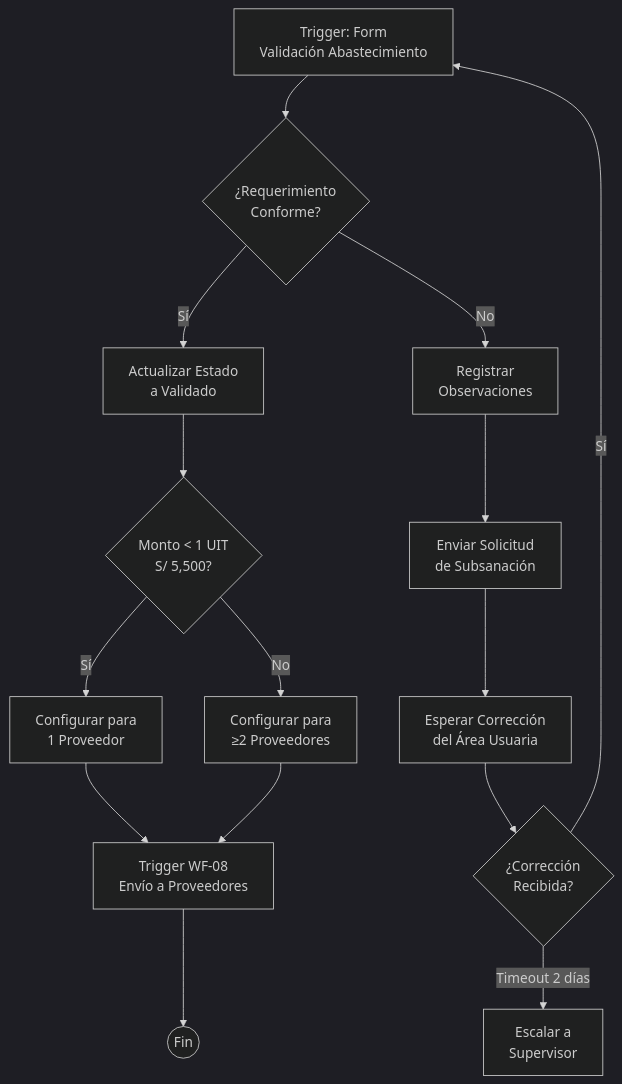
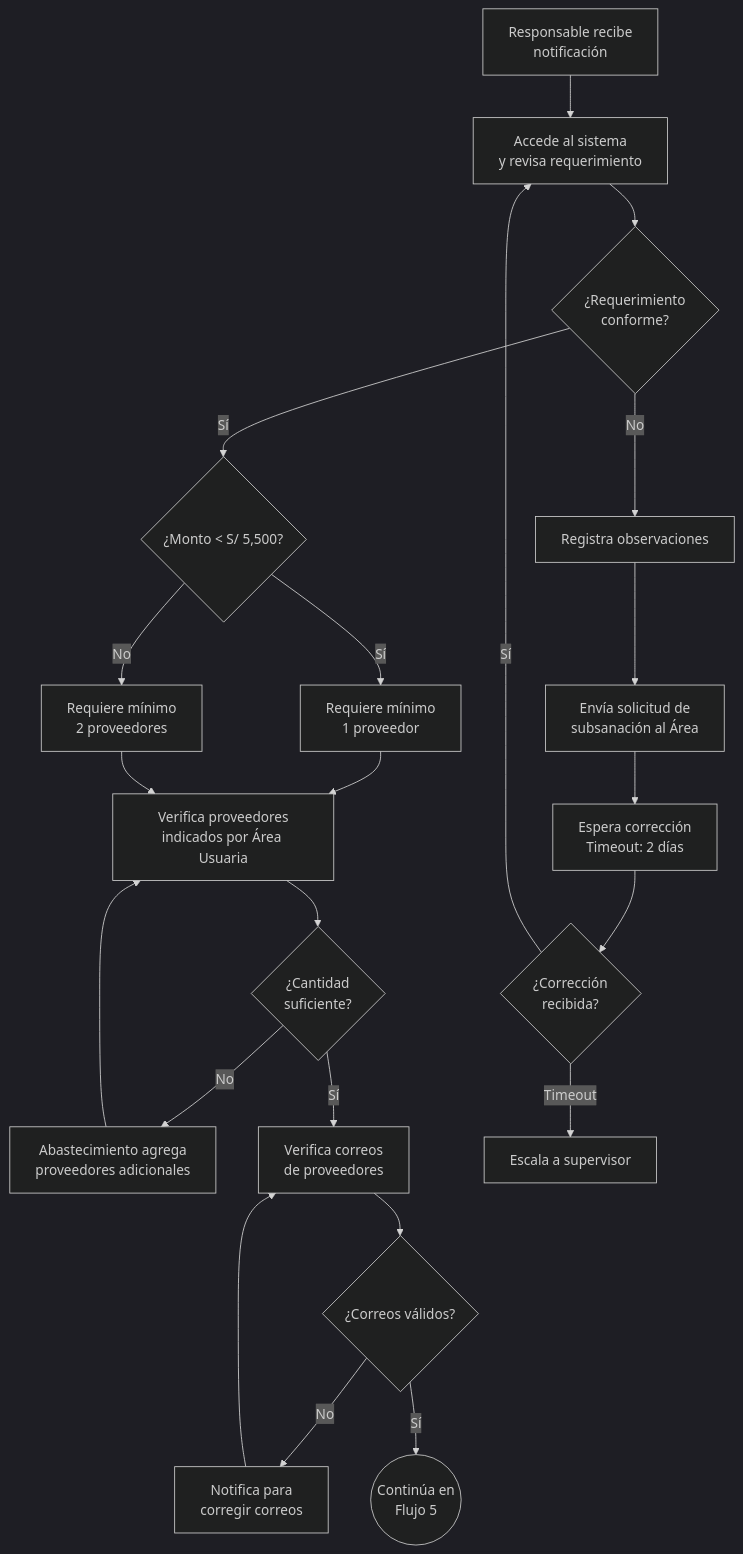
Before and after one commit to lfam200/WorkFlow-n8n: the eighth of 16 diagrams in README.md, drawn with Mermaid (dark theme). The commit also changed other lines of this file, not shown here.

````diff
--- a/README.md
+++ b/README.md
@@ -1110,21 +353,33 @@
 ```mermaid
 flowchart TD
-    A[Trigger: Form<br/>Validación Abastecimiento] --> B{¿Requerimiento<br/>Conforme?}
+    A[Responsable recibe<br/>notificación] --> B[Accede al sistema<br/>y revisa requerimiento]
     
-    B -->|Sí| C[Actualizar Estado<br/>a Validado]
-    C --> D{Monto < 1 UIT<br/>S/ 5,500?}
+    B --> C{¿Requerimiento<br/>conforme?}
     
-    D -->|Sí| E[Configurar para<br/>1 Proveedor]
-    D -->|No| F[Configurar para<br/>≥2 Proveedores]
+    C -->|Sí| D{¿Monto < S/ 5,500?}
     
-    E --> G[Trigger WF-08<br/>Envío a Proveedores]
+    D -->|Sí| E[Requiere mínimo<br/>1 proveedor]
+    D -->|No| F[Requiere mínimo<br/>2 proveedores]
+    
+    E --> G[Verifica proveedores<br/>indicados por Área Usuaria]
     F --> G
-    G --> H((Fin))
     
-    B -->|No| I[Registrar<br/>Observaciones]
-    I --> J[Enviar Solicitud<br/>de Subsanación]
-    J --> K[Esperar Corrección<br/>del Área Usuaria]
-    K --> L{¿Corrección<br/>Recibida?}
-    L -->|Sí| A
-    L -->|Timeout 2 días| M[Escalar a<br/>Supervisor]
+    G --> H{¿Cantidad<br/>suficiente?}
+    H -->|No| I[Abastecimiento agrega<br/>proveedores adicionales]
+    I --> G
+    
+    H -->|Sí| J[Verifica correos<br/>de proveedores]
+    J --> K{¿Correos válidos?}
+    
+    K -->|No| L[Notifica para<br/>corregir correos]
+    L --> J
+    
+    K -->|Sí| M((Continúa en<br/>Flujo 5))
+    
+    C -->|No| N[Registra observaciones]
+    N --> O[Envía solicitud de<br/>subsanación al Área]
+    O --> P[Espera corrección<br/>Timeout: 2 días]
+    P --> Q{¿Corrección<br/>recibida?}
+    Q -->|Sí| B
+    Q -->|Timeout| R[Escala a supervisor]
 ```
````
